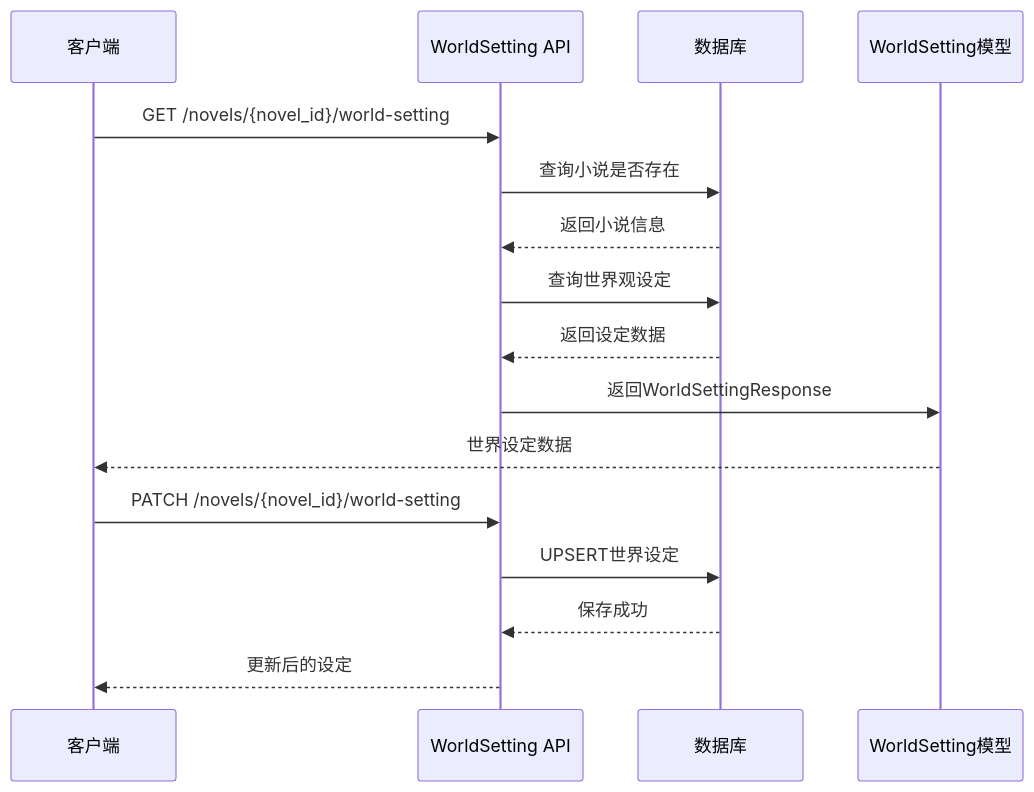
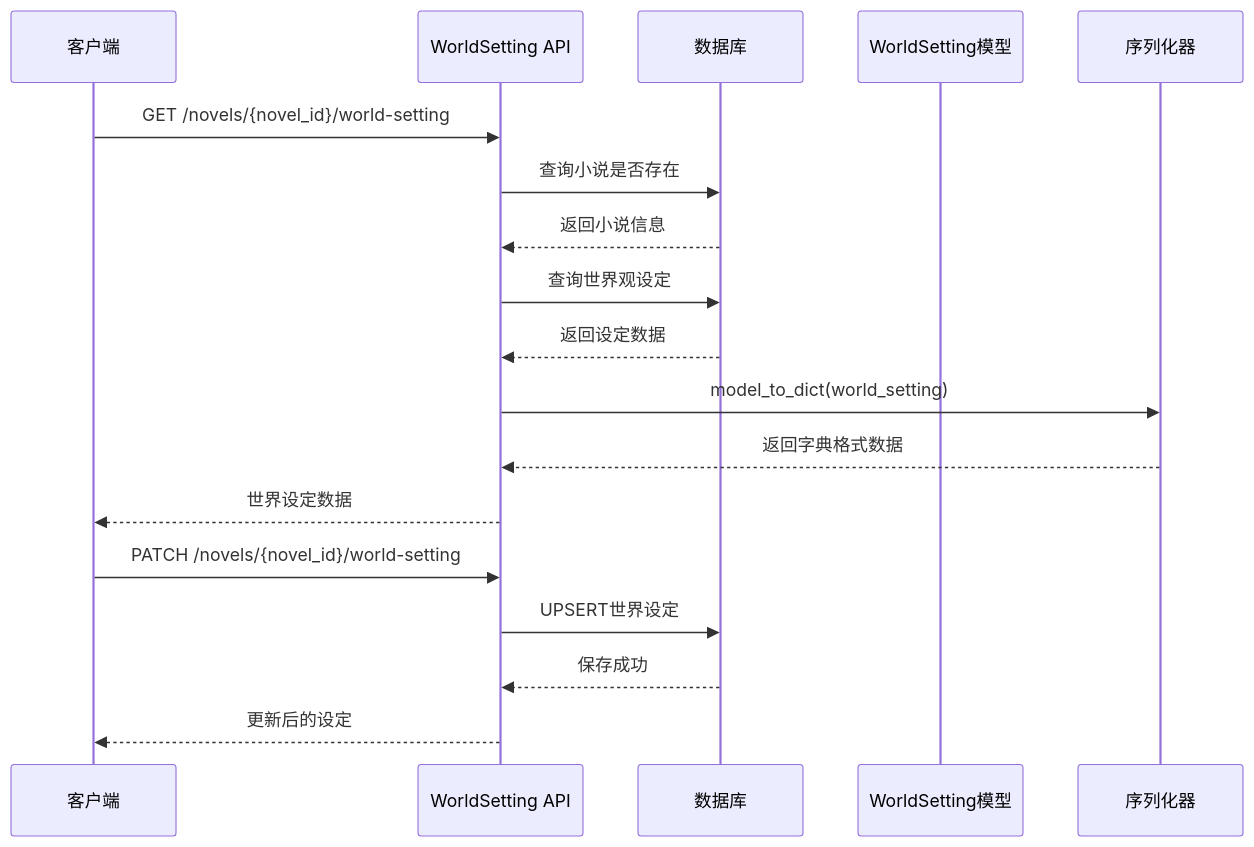
The third of 13 diagrams in .qoder/repowiki/zh/content/API接口文档/大纲管理API.md (xfbyxq/ai-novel-system), drawn with Mermaid before and after one commit. The commit also changed other lines of this file and 5 other files, not shown here.

````diff
--- a/.qoder/repowiki/zh/content/API接口文档/大纲管理API.md
+++ b/.qoder/repowiki/zh/content/API接口文档/大纲管理API.md
@@ -178,18 +182,20 @@
 ```mermaid
 sequenceDiagram
 participant Client as 客户端
 participant API as WorldSetting API
 participant DB as 数据库
 participant Model as WorldSetting模型
+participant Serializer as 序列化器
 Client->>API : GET /novels/{novel_id}/world-setting
 API->>DB : 查询小说是否存在
 DB-->>API : 返回小说信息
 API->>DB : 查询世界观设定
 DB-->>API : 返回设定数据
-API->>Model : 返回WorldSettingResponse
-Model-->>Client : 世界设定数据
+API->>Serializer : model_to_dict(world_setting)
+Serializer-->>API : 返回字典格式数据
+API-->>Client : 世界设定数据
 Client->>API : PATCH /novels/{novel_id}/world-setting
 API->>DB : UPSERT世界设定
 DB-->>API : 保存成功
 API-->>Client : 更新后的设定
 ```
````
